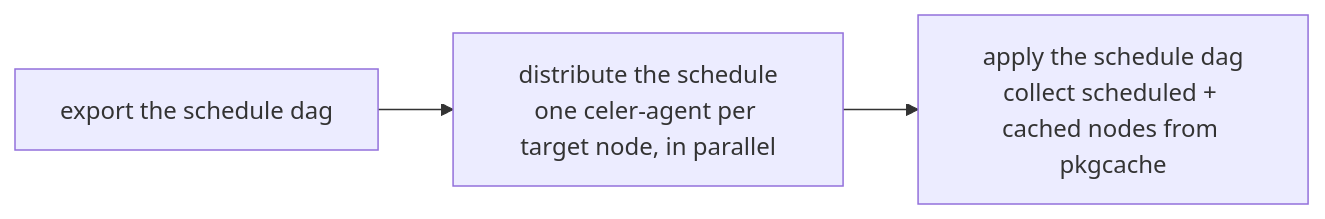
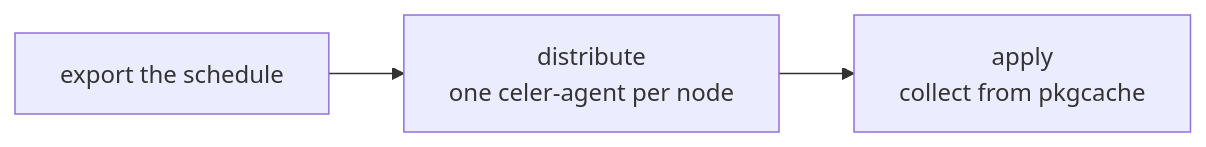
Before and after one commit to celer-pkg/celer: the diagram in deploy/jenkins/README.md, drawn with Mermaid. The commit also changed other lines of this file and 9 other files, not shown here.

Commit message:
fix install --apply-dag and --export-dag

````diff
--- a/deploy/jenkins/README.md
+++ b/deploy/jenkins/README.md
@@ -35,5 +29,5 @@
 ```mermaid
 flowchart LR
-    E["export the schedule dag"] --> D["distribute the schedule<br/>one celer-agent per target node, in parallel"]
-    D --> A["apply the schedule dag<br/>collect scheduled + cached nodes from pkgcache"]
+    E["export the schedule"] --> D["distribute<br/>one celer-agent per node"]
+    D --> A["apply<br/>collect from pkgcache"]
 ```
````
